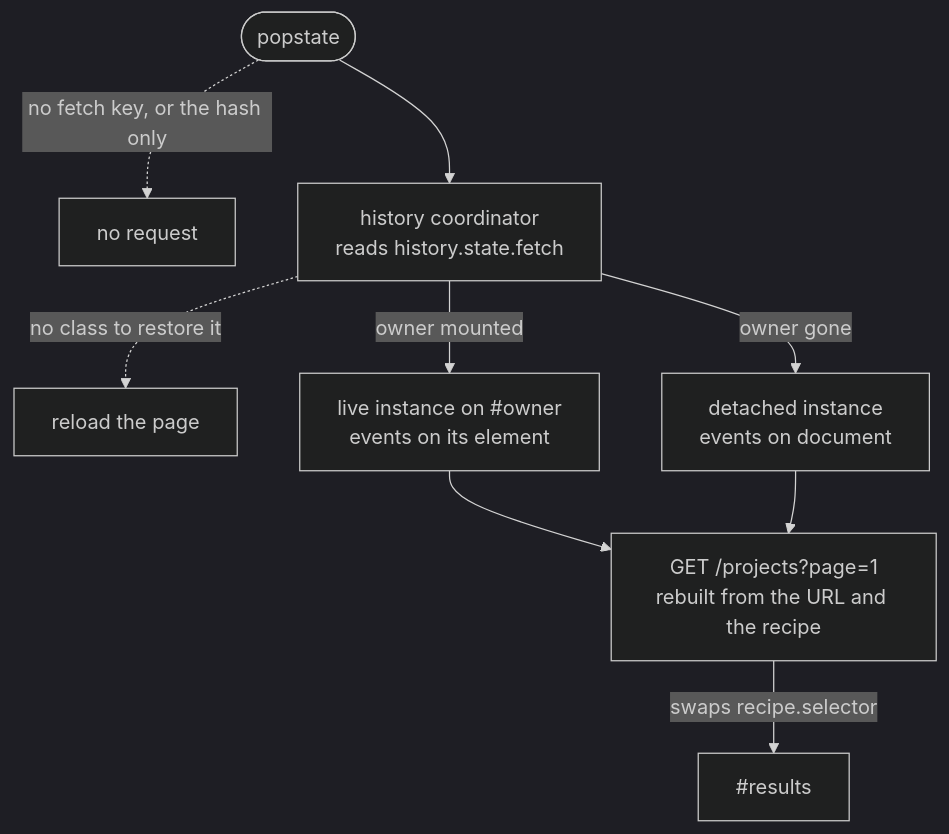
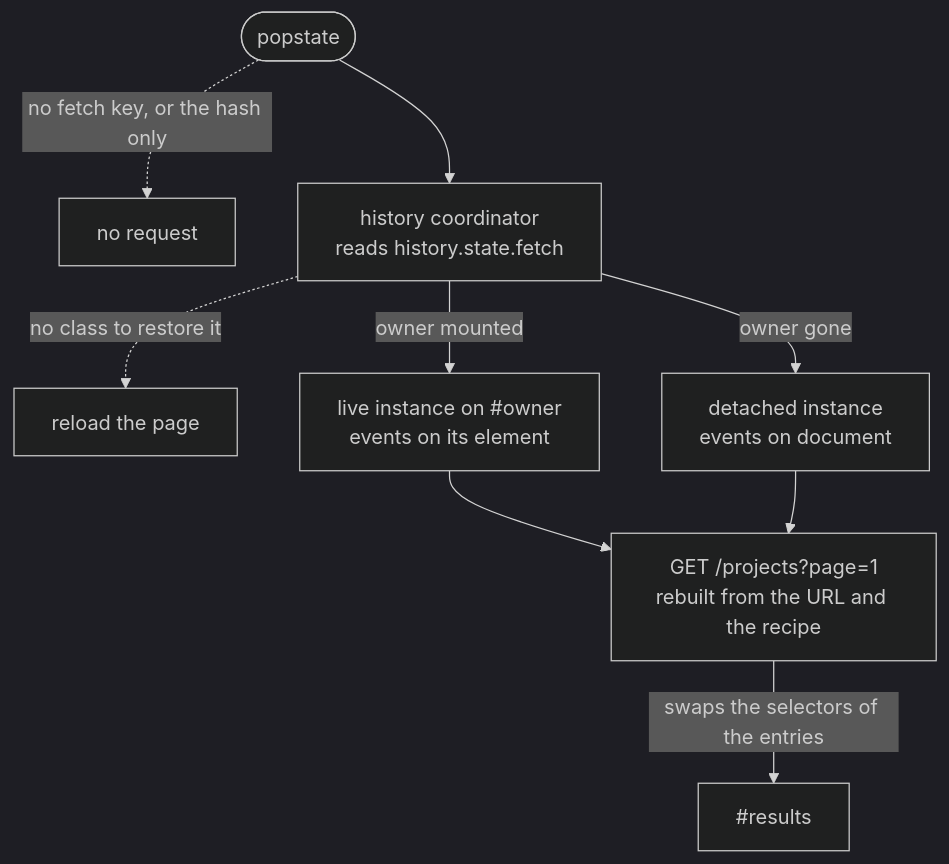
One commit to studiometa/ui changed the diagram in packages/docs/reference/items/Fetch/index.md. Above: the diagram before and after it, drawn with Mermaid (dark theme). The commit also changed 4 other files, not shown here.

````diff
--- a/packages/docs/reference/items/Fetch/index.md
+++ b/packages/docs/reference/items/Fetch/index.md
@@ -98,11 +98,11 @@
 ```mermaid
 flowchart TB
   p([popstate]) -. no fetch key, or the hash only .-> i[no request]
   p --> c["history coordinator<br>reads history.state.fetch"]
   c -. no class to restore it .-> r[reload the page]
   c -- owner mounted --> live["live instance on #owner<br>events on its element"]
   c -- owner gone --> detached["detached instance<br>events on document"]
   live --> g["GET /projects?page=1<br>rebuilt from the URL and the recipe"]
   detached --> g
-  g -- swaps recipe.selector --> d["#results"]
+  g -- swaps the selectors of the entries --> d["#results"]
 ```
````
